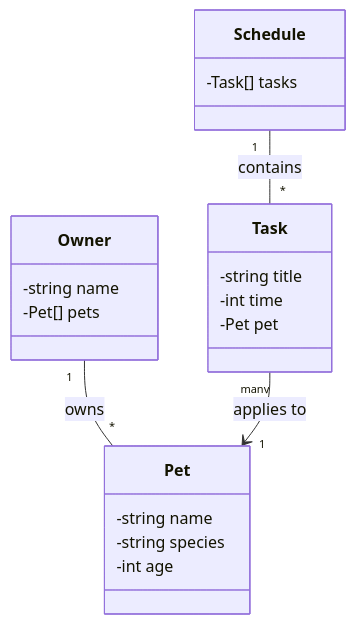
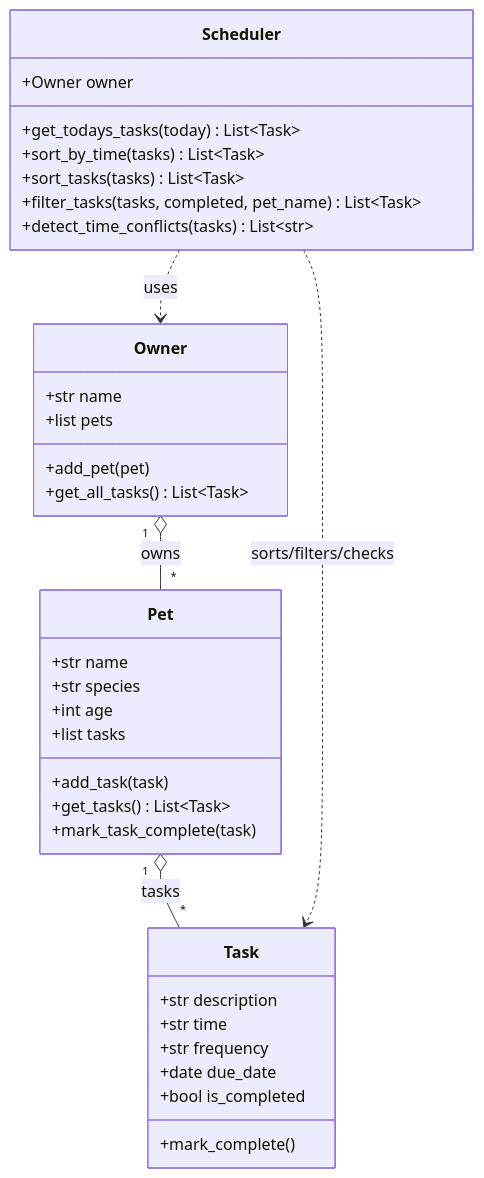
The diagram in UML.md (chichi0510/ai110-module2show-pawpal-starter), drawn with Mermaid before and after one commit. The commit also changed other lines of this file and 7 other files, not shown here.

First line of the commit message:
docs: polish README, UML, reflection; surface scheduler in Streamlit UI

````diff
--- a/UML.md
+++ b/UML.md
@@ -7,27 +7,42 @@
 ```mermaid
 classDiagram
+    class Owner {
+        +str name
+        +list pets
+        +add_pet(pet)
+        +get_all_tasks() List~Task~
+    }
+
     class Pet {
-        -string name
-        -string species
-        -int age
+        +str name
+        +str species
+        +int age
+        +list tasks
+        +add_task(task)
+        +get_tasks() List~Task~
+        +mark_task_complete(task)
     }
 
     class Task {
-        -string title
-        -int time
-        -Pet pet
+        +str description
+        +str time
+        +str frequency
+        +date due_date
+        +bool is_completed
+        +mark_complete()
     }
 
-    class Owner {
-        -string name
-        -Pet[] pets
+    class Scheduler {
+        +Owner owner
+        +get_todays_tasks(today) List~Task~
+        +sort_by_time(tasks) List~Task~
+        +sort_tasks(tasks) List~Task~
+        +filter_tasks(tasks, completed, pet_name) List~Task~
+        +detect_time_conflicts(tasks) List~str~
     }
 
-    class Schedule {
-        -Task[] tasks
-    }
-
-    Owner "1" -- "*" Pet : owns
-    Task "many" --> "1" Pet : applies to
-    Schedule "1" -- "*" Task : contains
+    Owner "1" o-- "*" Pet : owns
+    Pet "1" o-- "*" Task : tasks
+    Scheduler ..> Owner : uses
+    Scheduler ..> Task : sorts/filters/checks
 ```
````
